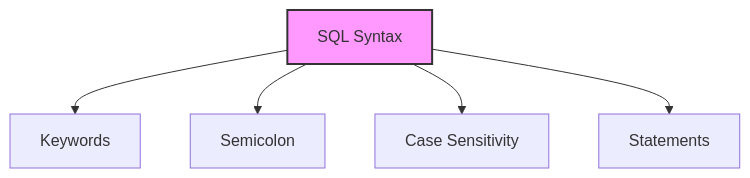
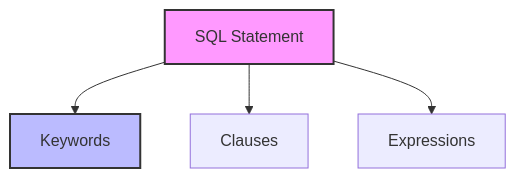
One commit to fistasolutions/learn-database-unicorndevelopers changed the diagram in 18SQLSyntax.md. Above: the diagram before and after it, drawn with Mermaid. The commit also changed other lines of this file and 37 other files, not shown here.

````diff
--- a/18SQLSyntax.md
+++ b/18SQLSyntax.md
@@ -20,8 +42,8 @@
 ```mermaid
 graph TD
-    A[SQL Syntax] --> B[Keywords]
-    A --> C[Semicolon]
-    A --> D[Case Sensitivity]
-    A --> E[Statements]
+    A[SQL Statement] --> B[Keywords]
+    A --> C[Clauses]
+    A --> D[Expressions]
     style A fill:#f9f,stroke:#333,stroke-width:2px
+    style B fill:#bbf,stroke:#333,stroke-width:2px
 ```
````
